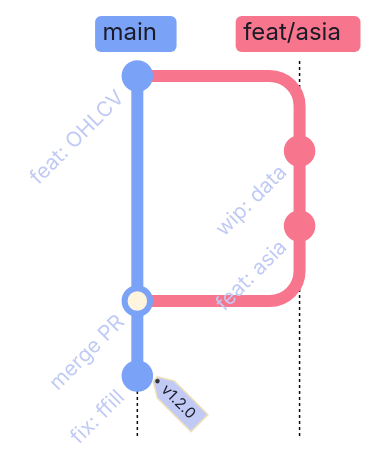
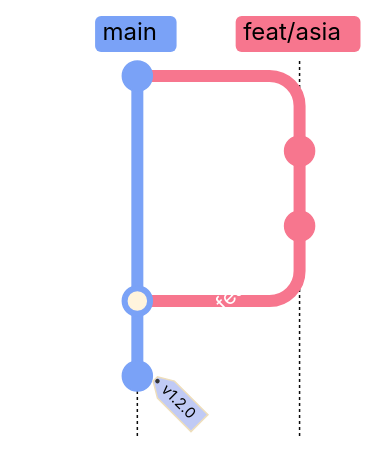
One commit to alp78/elysium changed the second of 2 diagrams in content/08-Git/git-tagging-and-releases.md. Above: the diagram before and after it, drawn with Mermaid. The commit also changed other lines of this file and 16 other files, not shown here.

````diff
--- a/content/08-Git/git-tagging-and-releases.md
+++ b/content/08-Git/git-tagging-and-releases.md
@@ -218,11 +218,11 @@
 ```mermaid
-%%{init: {'theme': 'base', 'themeVariables': {'git0': '#7aa2f7', 'git1': '#f7768e', 'git2': '#9ece6a', 'git3': '#e0af68', 'git4': '#bb9af7', 'gitBranchLabel0': '#1a1b26', 'gitBranchLabel1': '#1a1b26', 'gitBranchLabel2': '#1a1b26', 'gitBranchLabel3': '#1a1b26', 'commitLabelColor': '#c0caf5', 'commitLabelBackground': 'transparent', 'commitLabelFontSize': '14px', 'tagLabelColor': '#1a1b26', 'tagLabelBackground': '#c0caf5'}, 'gitGraph': {'mainBranchName': 'main'}} }%%
+%%{init: {'theme': 'base', 'themeVariables': {'git0': '#7aa2f7', 'git1': '#f7768e', 'git2': '#9ece6a', 'git3': '#e0af68', 'git4': '#bb9af7', 'gitBranchLabel0': '#000000', 'gitBranchLabel1': '#000000', 'gitBranchLabel2': '#000000', 'gitBranchLabel3': '#000000', 'commitLabelColor': '#ffffff', 'commitLabelBackground': 'transparent', 'commitLabelFontSize': '14px', 'tagLabelColor': '#000000', 'tagLabelBackground': '#c0caf5'}, 'gitGraph': {'mainBranchName': 'main'}} }%%
 gitGraph TB:
   commit id: "feat: OHLCV"
   branch feat/asia
   commit id: "wip: data"
   commit id: "feat: asia"
   checkout main
   merge feat/asia id: "merge PR"
   commit id: "fix: ffill" tag: "v1.2.0"
 ```
````
